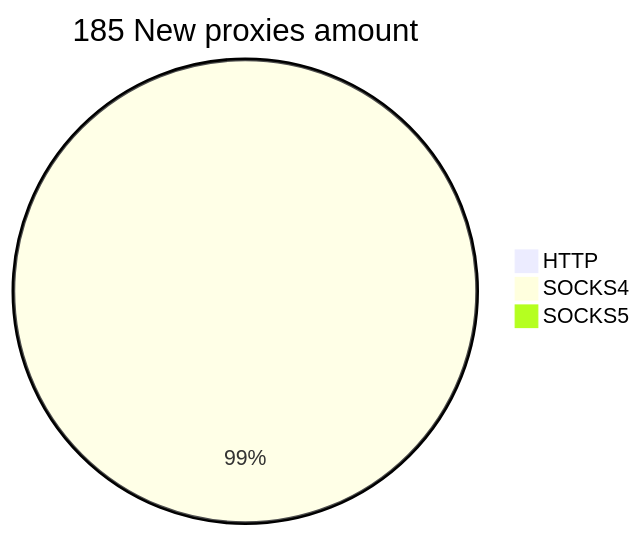
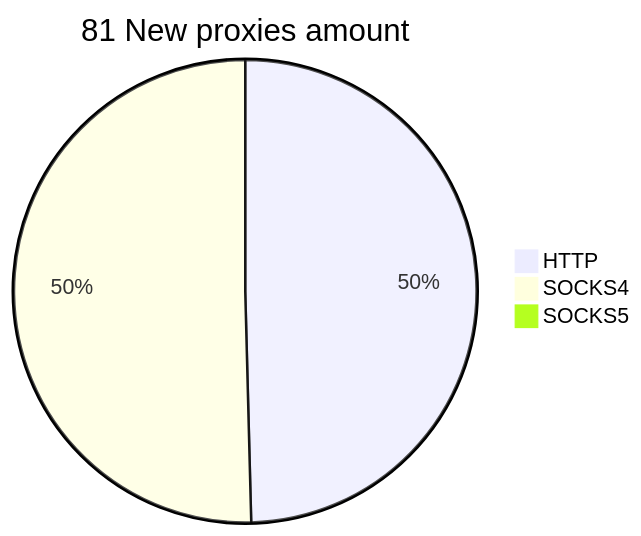
One commit to cutipu/proxylist changed the second of 2 diagrams in README.md. Above: the diagram before and after it, drawn with Mermaid. The commit also changed other lines of this file, not shown here.

````diff
--- a/README.md
+++ b/README.md
@@ -10,6 +10,6 @@
 ```mermaid
-pie title 185 New proxies amount
-    "HTTP" : 0
-    "SOCKS4" : 184
-    "SOCKS5" : 1
+pie title 81 New proxies amount
+    "HTTP" : 60
+    "SOCKS4" : 61
+    "SOCKS5" : 0
 ```
````
